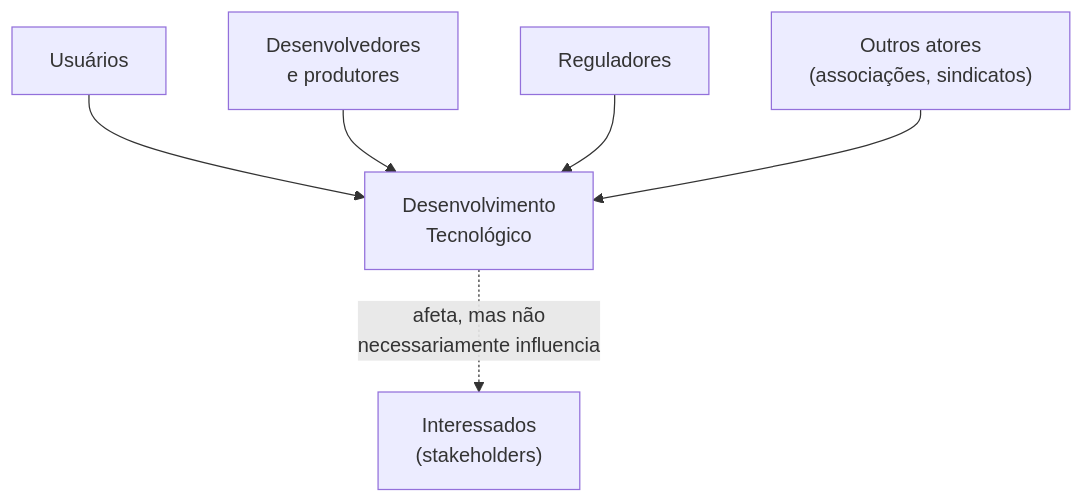
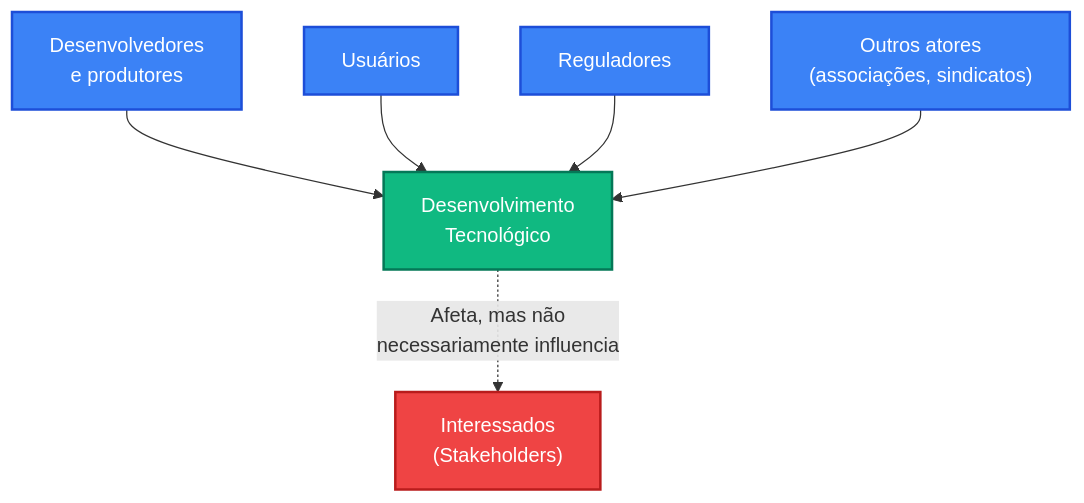
The third of 4 diagrams in content/teaching/society/aula01/02-aula.qmd (marcosmrai/mraimundo), drawn with Mermaid before and after one commit. The commit also changed other lines of this file and 303 other files, not shown here.

````diff
--- a/content/teaching/society/aula01/02-aula.qmd
+++ b/content/teaching/society/aula01/02-aula.qmd
@@ -212,9 +490,32 @@
 ```{mermaid}
 %%| fig-align: center
 flowchart TB
-    U["Usuários"] --> TD["Desenvolvimento<br/>Tecnológico"]
-    D["Desenvolvedores<br/>e produtores"] --> TD
-    R["Reguladores"] --> TD
-    O["Outros atores<br/>(associações, sindicatos)"] --> TD
-    TD -.->|"afeta, mas não<br/>necessariamente influencia"| S["Interessados<br/>(stakeholders)"]
+    %% Atores
+    D["Desenvolvedores<br/>e produtores"]
+    U["Usuários"]
+    R["Reguladores"]
+    O["Outros atores<br/>(associações, sindicatos)"]
+    
+    %% Processo
+    DT["Desenvolvimento<br/>Tecnológico"]
+    
+    %% Impactados
+    S["Interessados<br/>(Stakeholders)"]
+    
+    %% Conexões
+    D --> DT
+    U --> DT
+    R --> DT
+    O --> DT
+    
+    DT -.->|"Afeta, mas não<br/>necessariamente influencia"| S
+    
+    %% Estilização do Diagrama (mantendo as cores para não ficar cinza/sem graça)
+    classDef atores fill:#3b82f6,stroke:#1d4ed8,stroke-width:2px,color:#fff;
+    classDef processo fill:#10b981,stroke:#047857,stroke-width:2px,color:#fff;
+    classDef stake fill:#ef4444,stroke:#b91c1c,stroke-width:2px,color:#fff;
+    
+    class D,U,R,O atores;
+    class DT processo;
+    class S stake;
 ```
````
